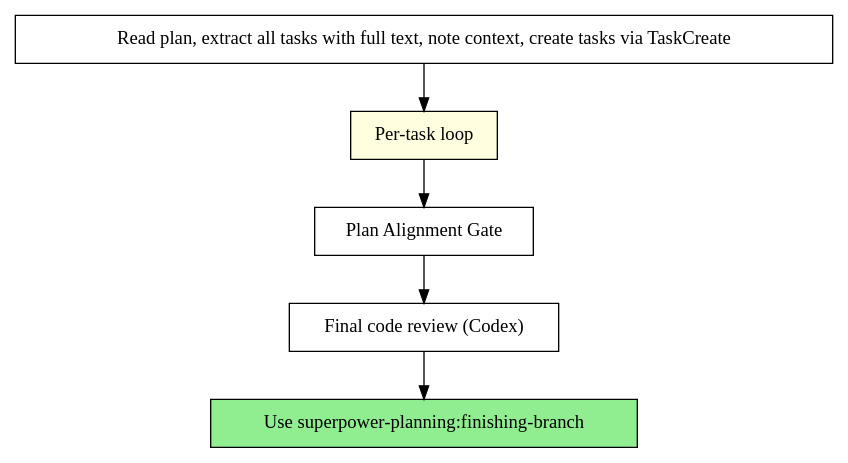
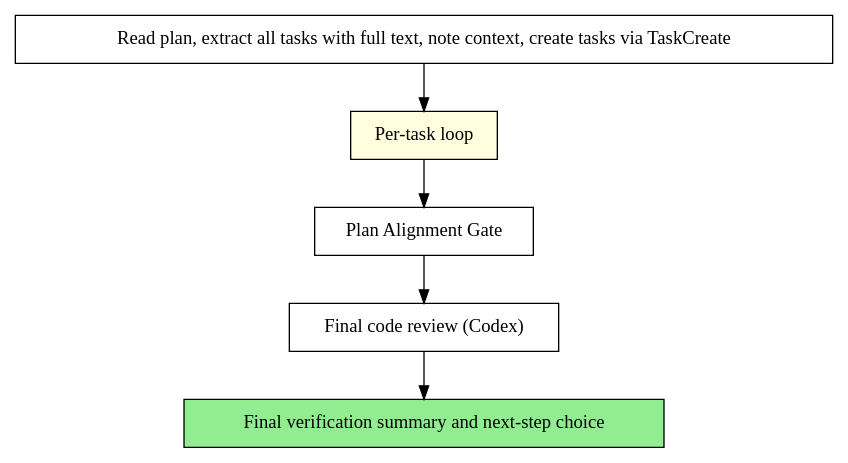
One commit to SipengXie2024/superpower-planning changed the second of 2 diagrams in skills/subagent-driven-codex/SKILL.md. Above: the diagram before and after it, drawn with Graphviz. The commit also changed other lines of this file and 35 other files, not shown here.

````diff
--- a/skills/subagent-driven-codex/SKILL.md
+++ b/skills/subagent-driven-codex/SKILL.md
@@ -192,16 +192,16 @@
 ```dot
 digraph process {
     rankdir=TB;
 
     "Read plan, extract all tasks with full text, note context, create tasks via TaskCreate" [shape=box];
     "Per-task loop" [shape=box style=filled fillcolor=lightyellow];
     "Plan Alignment Gate" [shape=box];
     "Final code review (Codex)" [shape=box];
-    "Use superpower-planning:finishing-branch" [shape=box style=filled fillcolor=lightgreen];
+    "Final verification summary and next-step choice" [shape=box style=filled fillcolor=lightgreen];
 
     "Read plan, extract all tasks with full text, note context, create tasks via TaskCreate" -> "Per-task loop";
     "Per-task loop" -> "Plan Alignment Gate";
     "Plan Alignment Gate" -> "Final code review (Codex)";
-    "Final code review (Codex)" -> "Use superpower-planning:finishing-branch";
+    "Final code review (Codex)" -> "Final verification summary and next-step choice";
 }
 ```
````
